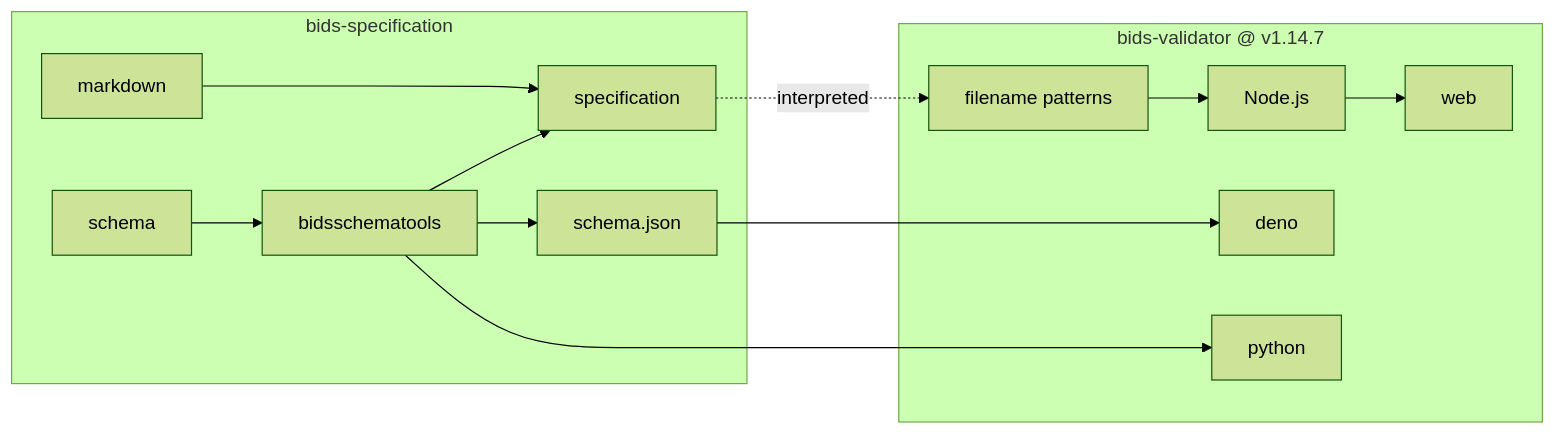
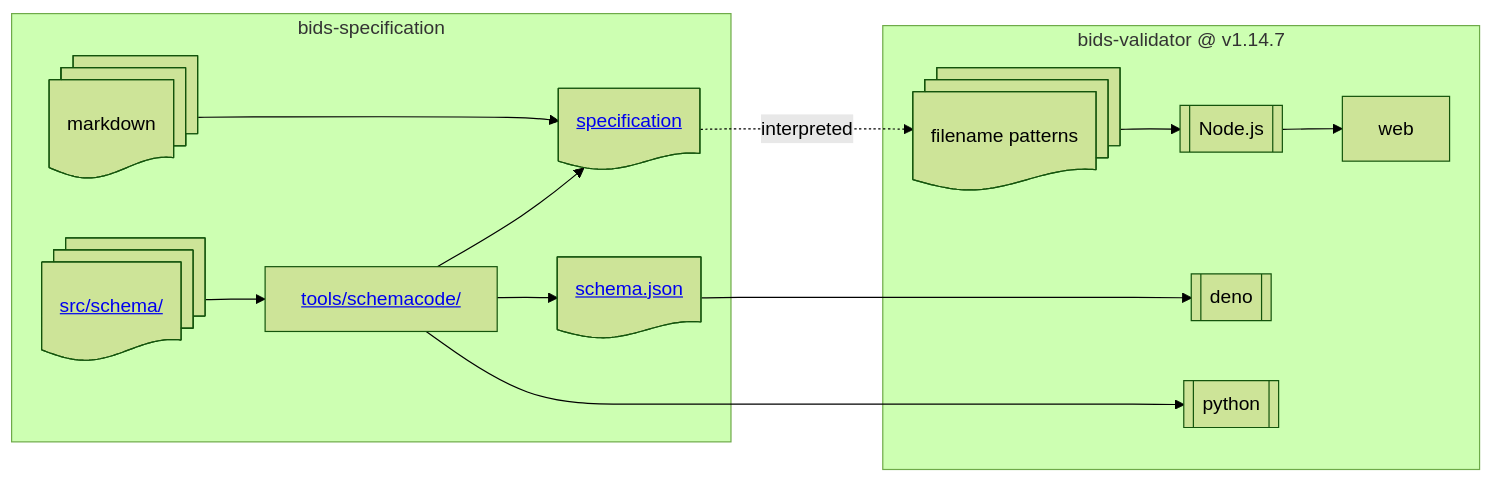
Before and after one commit to bids-standard/bids-website: the fourth of 6 diagrams in docs/blog/posts/bids-validator-2.0.md, drawn with Mermaid (forest theme). The commit also changed other lines of this file, not shown here.

Commit message:
Extend mermaid diagrams in validator blog post with HTML links and shapes (#747)

````diff
--- a/docs/blog/posts/bids-validator-2.0.md
+++ b/docs/blog/posts/bids-validator-2.0.md
@@ -295,17 +318,28 @@
 ```mermaid
 graph LR;
     subgraph bids-specification;
         markdown ---> specification
         schema --> bidsschematools --> specification & schema.json
     end
     subgraph "bids-validator @ v1.14.7";
         regex["filename patterns"] --> Node.js
         Node.js --> web
         deno
         python
     end
 
     specification -. interpreted .-> regex
     schema.json ---> deno
     bidsschematools ----> python
+
+    markdown@{ shape: docs }
+    schema@{ label: "<a href='https://github.com/bids-standard/bids-specification/tree/v1.9.0/src/schema'>src/schema/</a>", shape: docs }
+    bidsschematools@{ label: "<a href='https://github.com/bids-standard/bids-specification/tree/v1.9.0/tools/schemacode'>tools/schemacode/</a>", shape: proc }
+    specification@{ label: "<a href='https://bids-specification.readthedocs.io'>specification</a>", shape: doc }
+    schema.json@{ label: "<a href='https://bids-specification.readthedocs.io/en/v1.9.0/schema.json'>schema.json</a>", shape: doc }
+    regex@{ shape: docs }
+    Node.js@{ shape: subproc }
+    python@{ shape: subproc }
+    web@{ shape: rect }
+    deno@{ shape: subproc }
 ```
````
